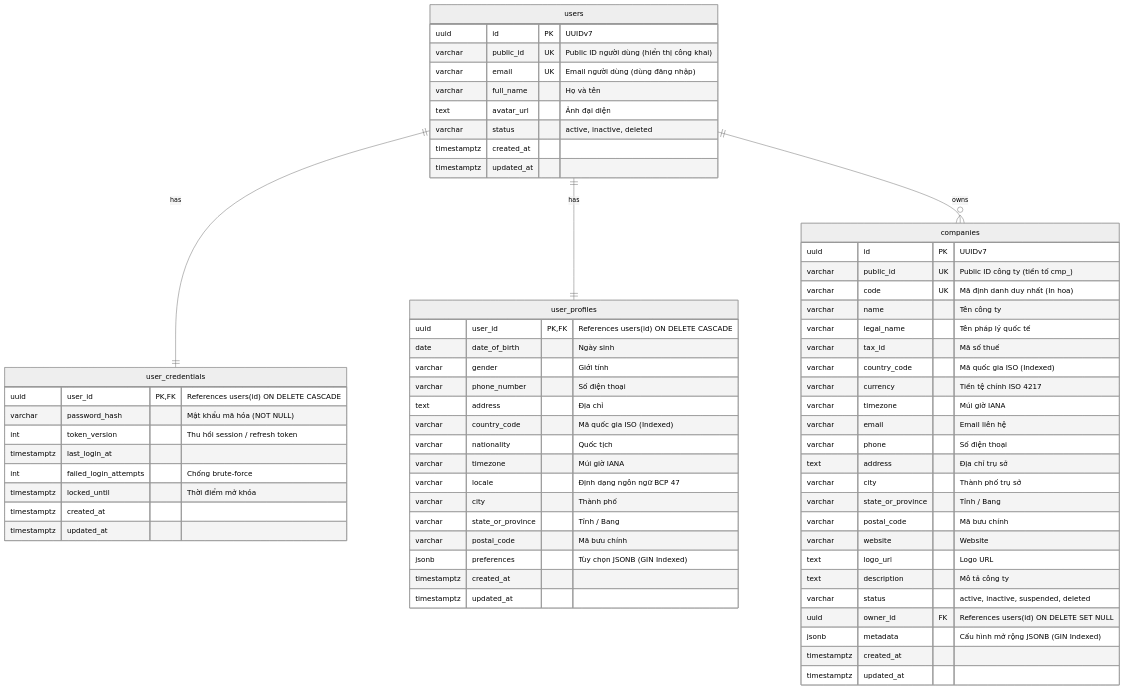
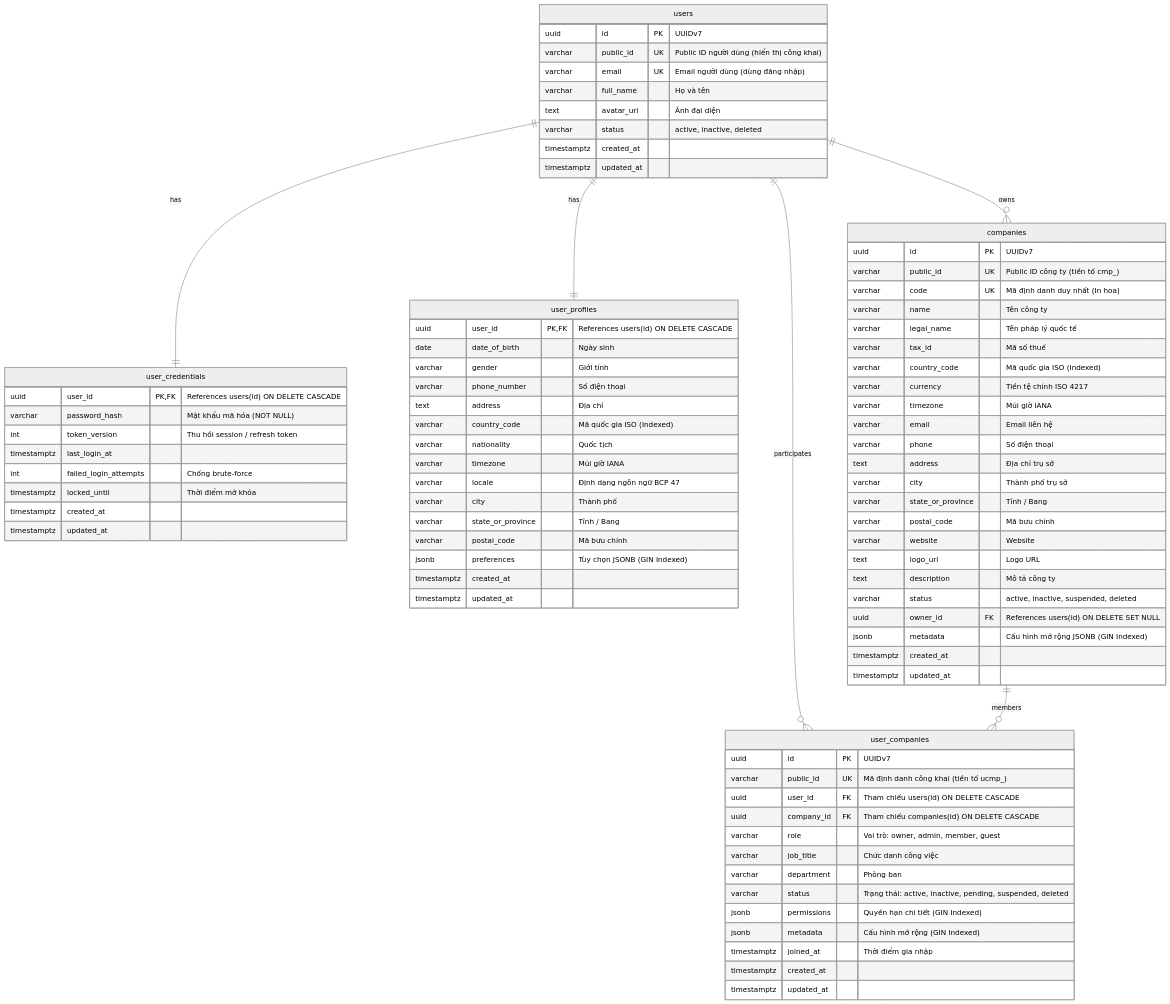
Before and after one commit to vlahanam/terra-clone: the diagram in README.md, drawn with Mermaid (neutral theme). The commit also changed other lines of this file and 25 other files, not shown here.

First line of the commit message:
Refactor user and company service error handling and response structure

````diff
--- a/README.md
+++ b/README.md
@@ -199,6 +213,8 @@
     users ||--|| user_credentials : "has"
     users ||--|| user_profiles : "has"
     users ||--o{ companies : "owns"
+    users ||--o{ user_companies : "participates"
+    companies ||--o{ user_companies : "members" 
 
     users {
         uuid id PK "UUIDv7"
@@ -265,4 +281,20 @@
         timestamptz created_at
         timestamptz updated_at
     }
+
+    user_companies {
+        uuid id PK "UUIDv7"
+        varchar public_id UK "Mã định danh công khai (tiền tố ucmp_)"
+        uuid user_id FK "Tham chiếu users(id) ON DELETE CASCADE"
+        uuid company_id FK "Tham chiếu companies(id) ON DELETE CASCADE"
+        varchar role "Vai trò: owner, admin, member, guest"
+        varchar job_title "Chức danh công việc"
+        varchar department "Phòng ban"
+        varchar status "Trạng thái: active, inactive, pending, suspended, deleted"
+        jsonb permissions "Quyền hạn chi tiết (GIN Indexed)"
+        jsonb metadata "Cấu hình mở rộng (GIN Indexed)"
+        timestamptz joined_at "Thời điểm gia nhập"
+        timestamptz created_at
+        timestamptz updated_at
+    }
 ```
````
